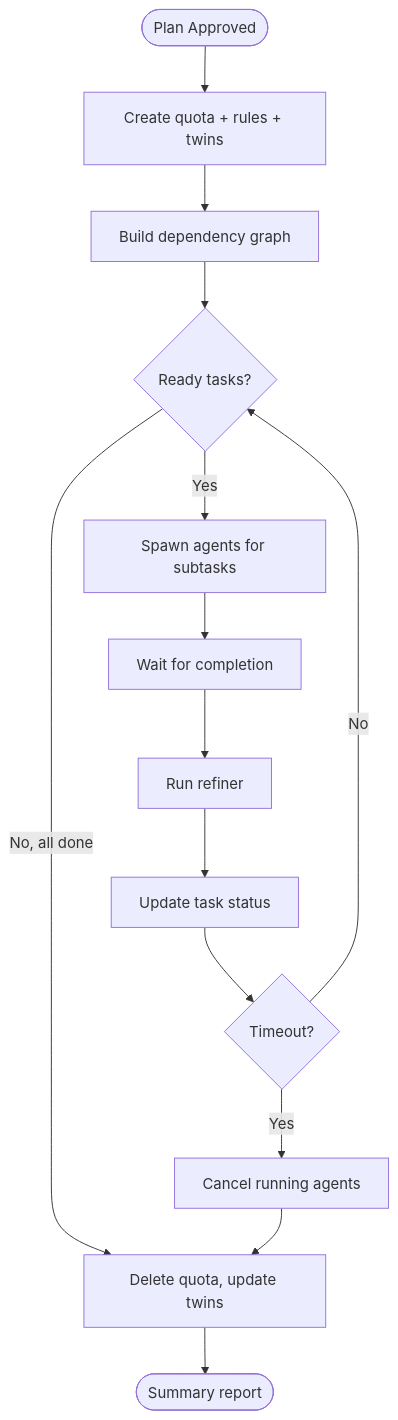
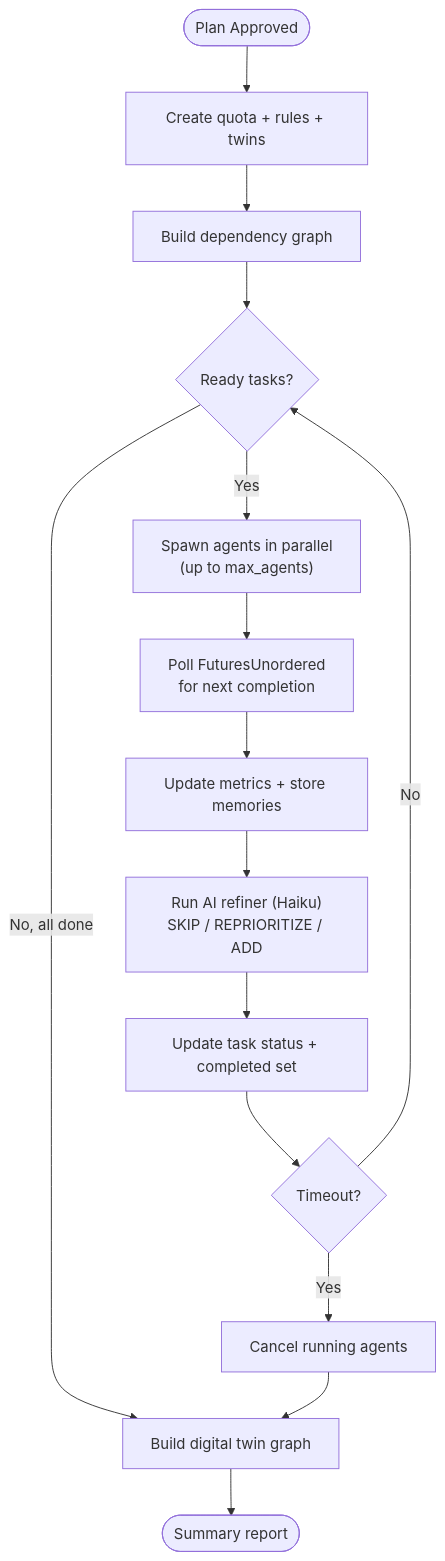
Before and after one commit to penserai/acteon: the second of 3 diagrams in docs/book/features/agent-swarm.md, drawn with Mermaid. The commit also changed other lines of this file and 4 other files, not shown here.

````diff
--- a/docs/book/features/agent-swarm.md
+++ b/docs/book/features/agent-swarm.md
@@ -300,16 +319,17 @@
 ```mermaid
 flowchart TB
     START([Plan Approved]) --> SETUP[Create quota + rules + twins]
     SETUP --> GRAPH[Build dependency graph]
     GRAPH --> READY{Ready tasks?}
-    READY -->|Yes| SPAWN[Spawn agents for subtasks]
-    SPAWN --> WAIT[Wait for completion]
-    WAIT --> REFINE[Run refiner]
-    REFINE --> UPDATE[Update task status]
+    READY -->|Yes| SPAWN["Spawn agents in parallel\n(up to max_agents)"]
+    SPAWN --> POLL["Poll FuturesUnordered\nfor next completion"]
+    POLL --> METRICS[Update metrics + store memories]
+    METRICS --> REFINE["Run AI refiner (Haiku)\nSKIP / REPRIORITIZE / ADD"]
+    REFINE --> UPDATE[Update task status + completed set]
     UPDATE --> TIMEOUT{Timeout?}
     TIMEOUT -->|No| READY
     TIMEOUT -->|Yes| CANCEL[Cancel running agents]
-    READY -->|No, all done| CLEANUP[Delete quota, update twins]
-    CANCEL --> CLEANUP
-    CLEANUP --> REPORT([Summary report])
+    READY -->|No, all done| GRAPH_BUILD[Build digital twin graph]
+    CANCEL --> GRAPH_BUILD
+    GRAPH_BUILD --> REPORT([Summary report])
 ```
````
